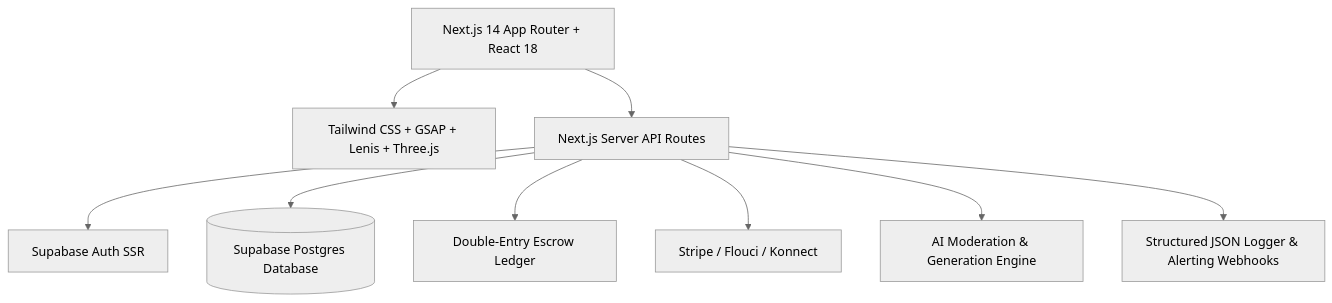
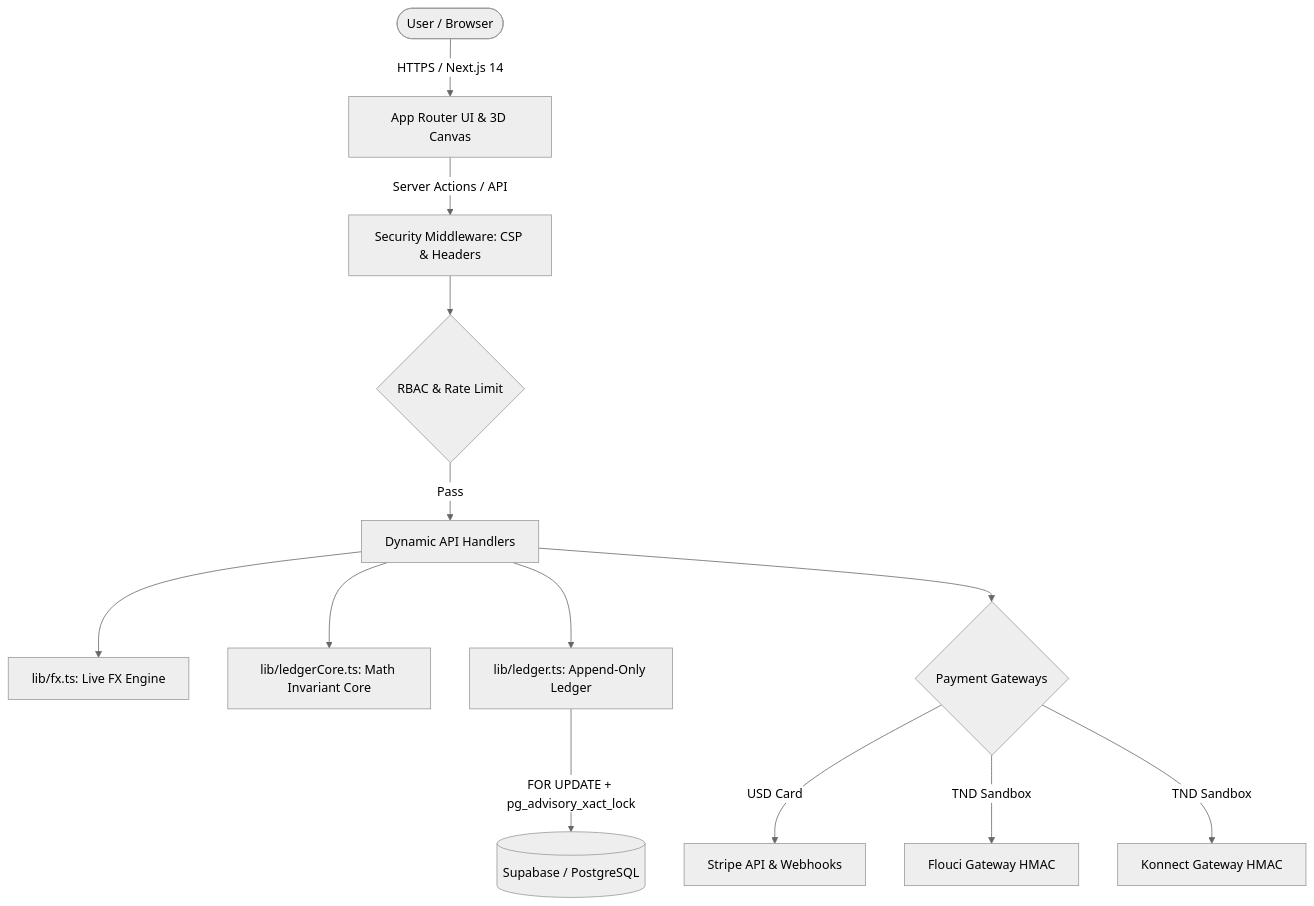
Before and after one commit to itshydraaaaaa/Asteria-Freelance: the diagram in README.md, drawn with Mermaid (neutral theme). The commit also changed other lines of this file, not shown here.

Commit message:
docs: Update GitHub README.md and master architecture documentation with all Phase 1-6 features and 104 tests

````diff
--- a/README.md
+++ b/README.md
@@ -49,11 +48,19 @@
 ```mermaid
 graph TD
-    Client[Next.js 14 App Router + React 18] --> UI[Tailwind CSS + GSAP + Lenis + Three.js]
-    Client --> API[Next.js Server API Routes]
-    API --> Auth[Supabase Auth SSR]
-    API --> DB[(Supabase Postgres Database)]
-    API --> Ledger[Double-Entry Escrow Ledger]
-    API --> Gateways[Stripe / Flouci / Konnect]
-    API --> AI[AI Moderation & Generation Engine]
-    API --> Logger[Structured JSON Logger & Alerting Webhooks]
+    User([User / Browser]) -->|HTTPS / Next.js 14| Frontend[App Router UI & 3D Canvas]
+    Frontend -->|Server Actions / API| Middleware[Security Middleware: CSP & Headers]
+    
+    Middleware --> AuthGuard{RBAC & Rate Limit}
+    AuthGuard -->|Pass| RouteHandler[Dynamic API Handlers]
+    
+    RouteHandler --> FxService[lib/fx.ts: Live FX Engine]
+    RouteHandler --> PureMath[lib/ledgerCore.ts: Math Invariant Core]
+    RouteHandler --> LedgerService[lib/ledger.ts: Append-Only Ledger]
+    
+    LedgerService -->|FOR UPDATE + pg_advisory_xact_lock| Postgres[(Supabase / PostgreSQL)]
+    RouteHandler --> Gateways{Payment Gateways}
+    
+    Gateways -->|USD Card| Stripe[Stripe API & Webhooks]
+    Gateways -->|TND Sandbox| Flouci[Flouci Gateway HMAC]
+    Gateways -->|TND Sandbox| Konnect[Konnect Gateway HMAC]
 ```
````
